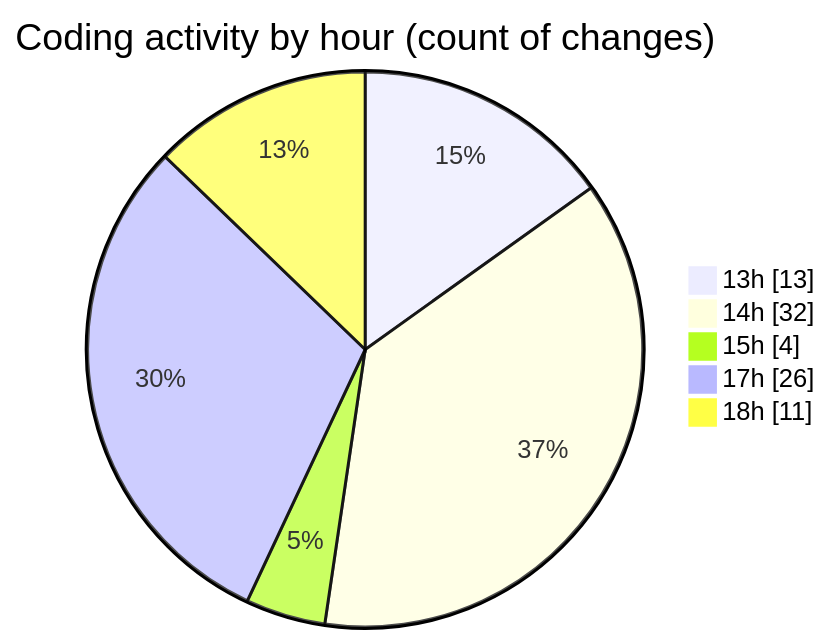
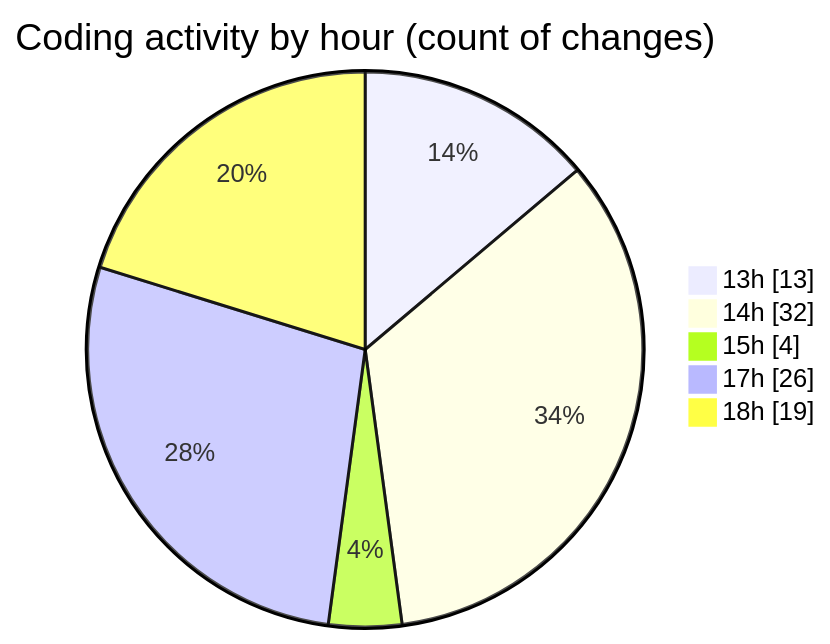
One commit to nxtqubesakshisongat/code-tracking changed the second of 2 diagrams in 2025-06-05/nxtqube_webapp/README.md. Above: the diagram before and after it, drawn with Mermaid. The commit also changed other lines of this file and 1 other file, not shown here.

````diff
--- a/2025-06-05/nxtqube_webapp/README.md
+++ b/2025-06-05/nxtqube_webapp/README.md
@@ -34,9 +35,9 @@
 ```mermaid
 pie showData
 title Coding activity by hour (count of changes)
 "13h" : 13
 "14h" : 32
 "15h" : 4
 "17h" : 26
-"18h" : 11
+"18h" : 19
 ```
````
